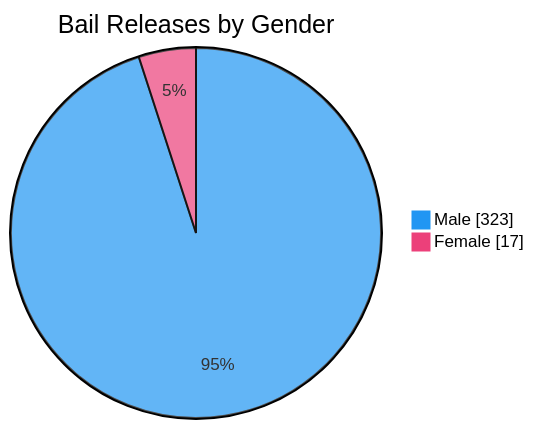
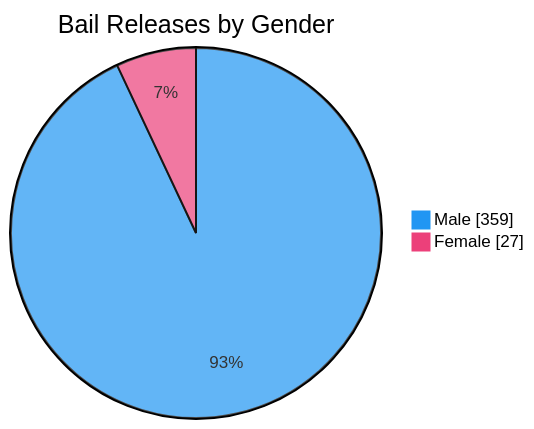
One commit to nuuuwan/lk_prisons changed the seventh of 7 diagrams in README.md. Above: the diagram before and after it, drawn with Mermaid. The commit also changed other lines of this file and 1 other file, not shown here.

````diff
--- a/README.md
+++ b/README.md
@@ -109,6 +109,6 @@
 ```mermaid
 %%{init: {'themeVariables': {'pie1': '#2196F3', 'pie2': '#EC407A'}}}%%
 pie showData title Bail Releases by Gender
-    "Male" : 323
-    "Female" : 17
+    "Male" : 359
+    "Female" : 27
 ```
````
